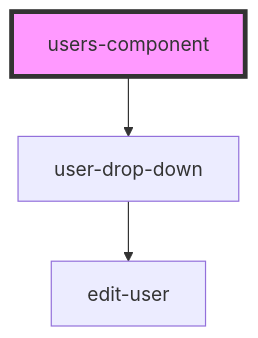
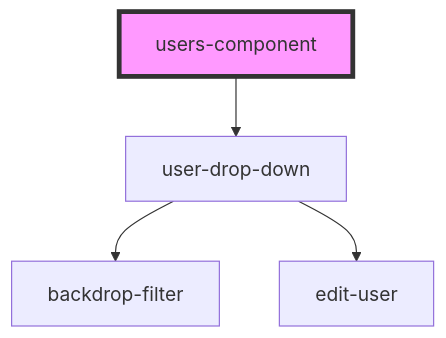
One commit to techvariable/NeptuneConnectComponents changed the diagram in src/components/usersPage/users-component/readme.md. Above: the diagram before and after it, drawn with Mermaid. The commit also changed 17 other files, not shown here.

````diff
--- a/src/components/usersPage/users-component/readme.md
+++ b/src/components/usersPage/users-component/readme.md
@@ -25,6 +25,7 @@
 ```mermaid
 graph TD;
   users-component --> user-drop-down
+  user-drop-down --> backdrop-filter
   user-drop-down --> edit-user
   style users-component fill:#f9f,stroke:#333,stroke-width:4px
 ```
````
